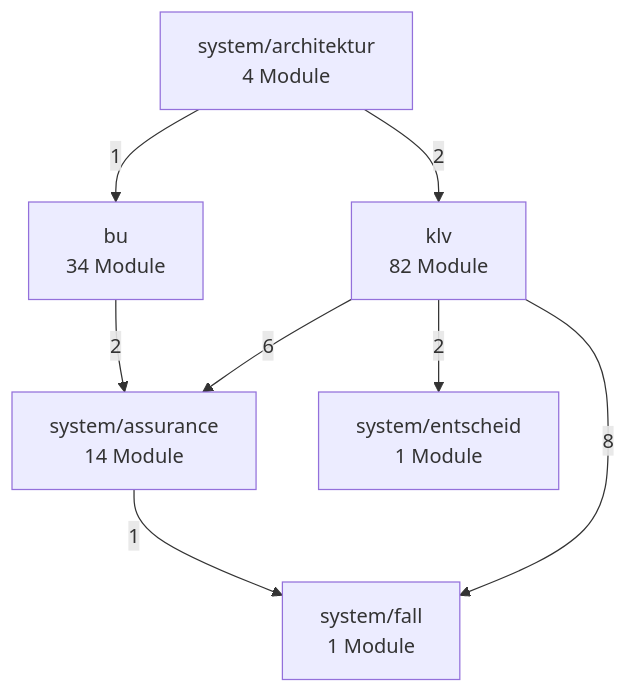
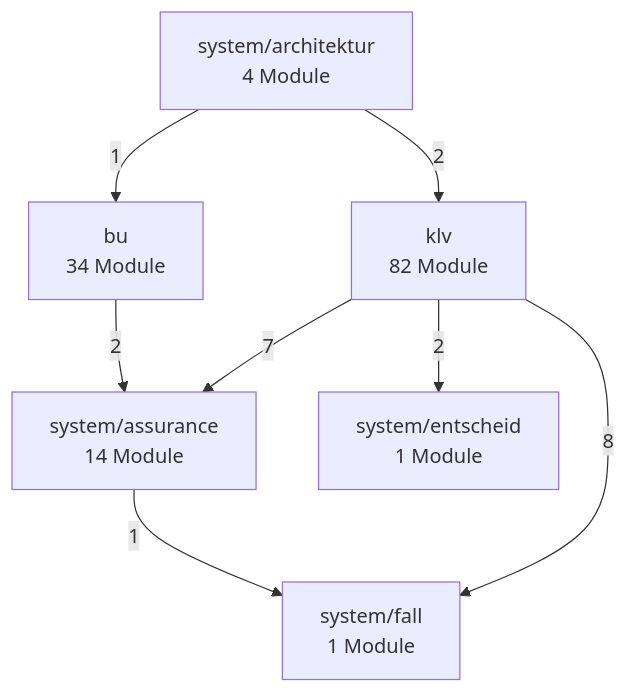
Before and after one commit to bartlmac/rechner-pipeline: the second of 3 diagrams in docs/architektur/landkarte.md, drawn with Mermaid. The commit also changed other lines of this file and 23 other files, not shown here.

````diff
--- a/docs/architektur/landkarte.md
+++ b/docs/architektur/landkarte.md
@@ -78,17 +78,17 @@
 ```mermaid
 %% Fachknoten — erzeugt von ontologie.landkarte
 flowchart TD
     bu["bu<br/>34 Module"]
     klv["klv<br/>82 Module"]
     system_architektur["system/architektur<br/>4 Module"]
     system_assurance["system/assurance<br/>14 Module"]
     system_entscheid["system/entscheid<br/>1 Module"]
     system_fall["system/fall<br/>1 Module"]
     bu -- 2 --> system_assurance
-    klv -- 6 --> system_assurance
+    klv -- 7 --> system_assurance
     klv -- 2 --> system_entscheid
     klv -- 8 --> system_fall
     system_architektur -- 1 --> bu
     system_architektur -- 2 --> klv
     system_assurance -- 1 --> system_fall
 ```
````
